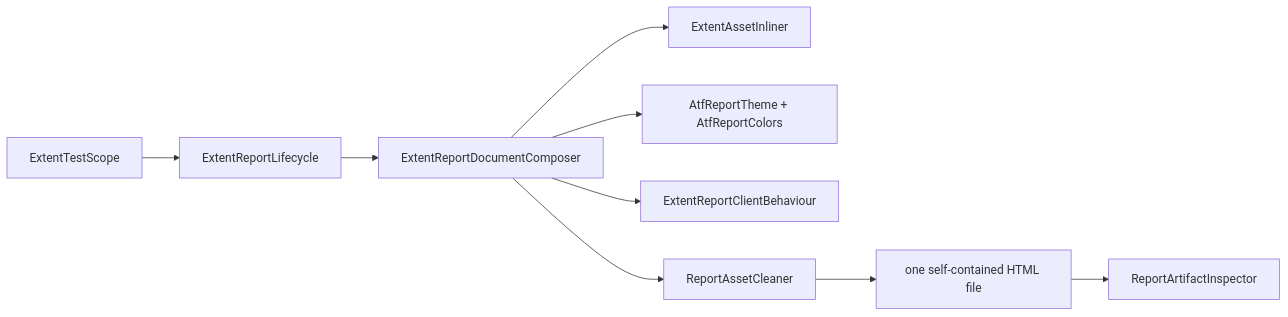
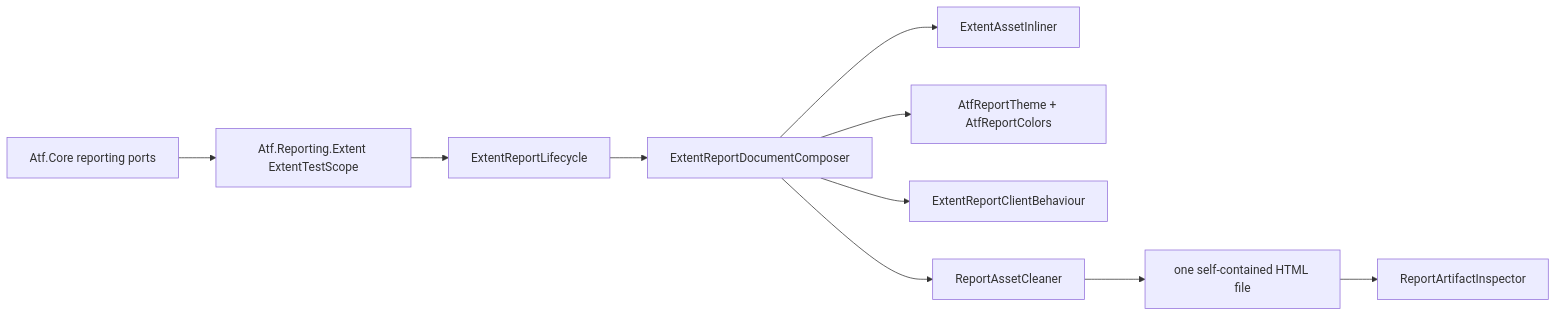
One commit to crististefanita/CS1 changed the seventh of 8 diagrams in docs/ATF_Architecture.md. Above: the diagram before and after it, drawn with Mermaid. The commit also changed other lines of this file and 128 other files, not shown here.

Commit message:
Refactor ATF reporting and expand test architecture

````diff
--- a/docs/ATF_Architecture.md
+++ b/docs/ATF_Architecture.md
@@ -224,11 +226,12 @@
 ```mermaid
 flowchart LR
-    Scope[ExtentTestScope] --> Lifecycle[ExtentReportLifecycle]
+    Core[Atf.Core reporting ports] --> Scope[Atf.Reporting.Extent ExtentTestScope]
+    Scope --> Lifecycle[ExtentReportLifecycle]
     Lifecycle --> Composer[ExtentReportDocumentComposer]
     Composer --> Inline[ExtentAssetInliner]
     Composer --> Theme[AtfReportTheme + AtfReportColors]
     Composer --> Behaviour[ExtentReportClientBehaviour]
     Composer --> Cleaner[ReportAssetCleaner]
     Cleaner --> Html[one self-contained HTML file]
     Html --> Inspector[ReportArtifactInspector]
 ```
````
